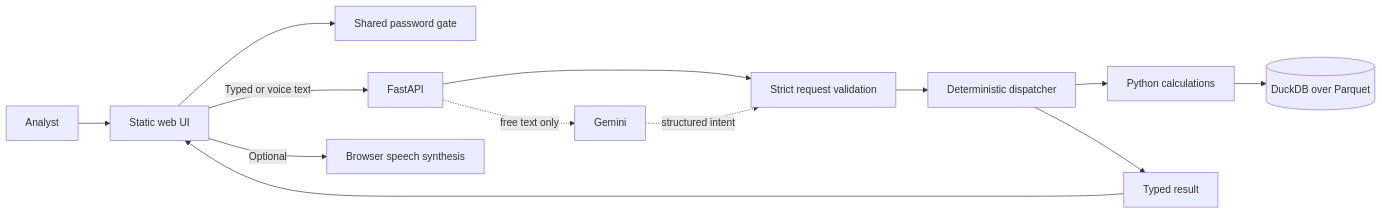
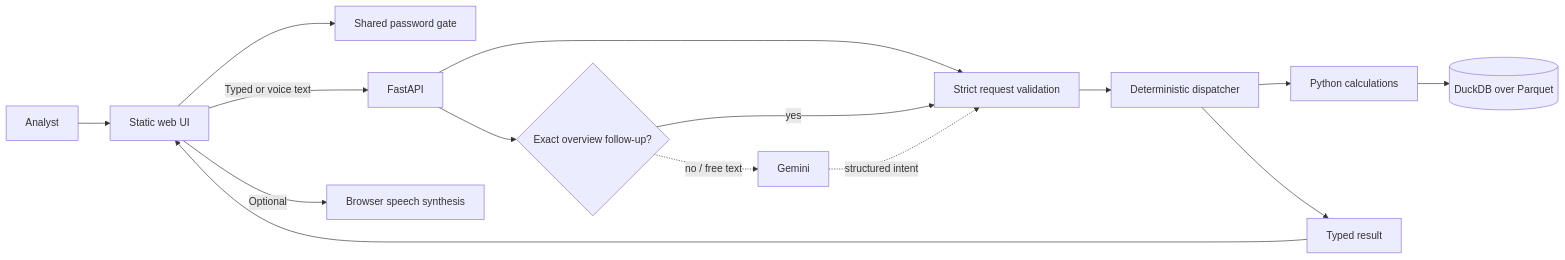
One commit to Bar-Bettash/deloitte-home-assignment changed the first of 3 diagrams in docs/ARCHITECTURE.md. Above: the diagram before and after it, drawn with Mermaid. The commit also changed other lines of this file, not shown here.

````diff
--- a/docs/ARCHITECTURE.md
+++ b/docs/ARCHITECTURE.md
@@ -7,15 +7,17 @@
 ```mermaid
 flowchart LR
     U[Analyst] --> UI[Static web UI]
     UI --> AUTH[Shared password gate]
     UI -->|Typed or voice text| API[FastAPI]
     API --> CONTRACT[Strict request validation]
-    API -. free text only .-> LLM[Gemini]
+    API --> SHORTCUT{Exact overview follow-up?}
+    SHORTCUT -->|yes| CONTRACT
+    SHORTCUT -. no / free text .-> LLM[Gemini]
     LLM -. structured intent .-> CONTRACT
     CONTRACT --> DISPATCH[Deterministic dispatcher]
     DISPATCH --> CALC[Python calculations]
     CALC --> DB[(DuckDB over Parquet)]
     DISPATCH --> RESULT[Typed result]
     RESULT --> UI
     UI -->|Optional| TTS[Browser speech synthesis]
 ```
````
